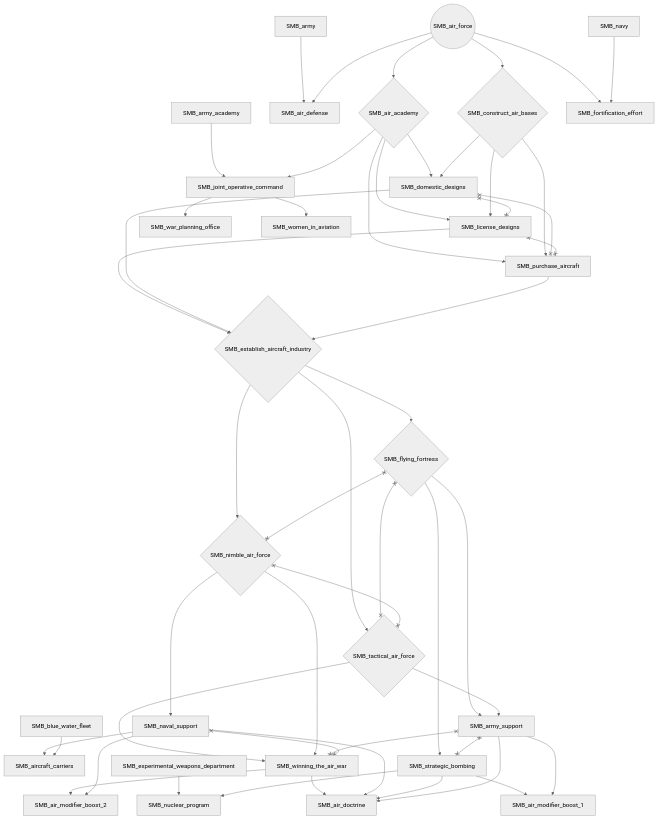
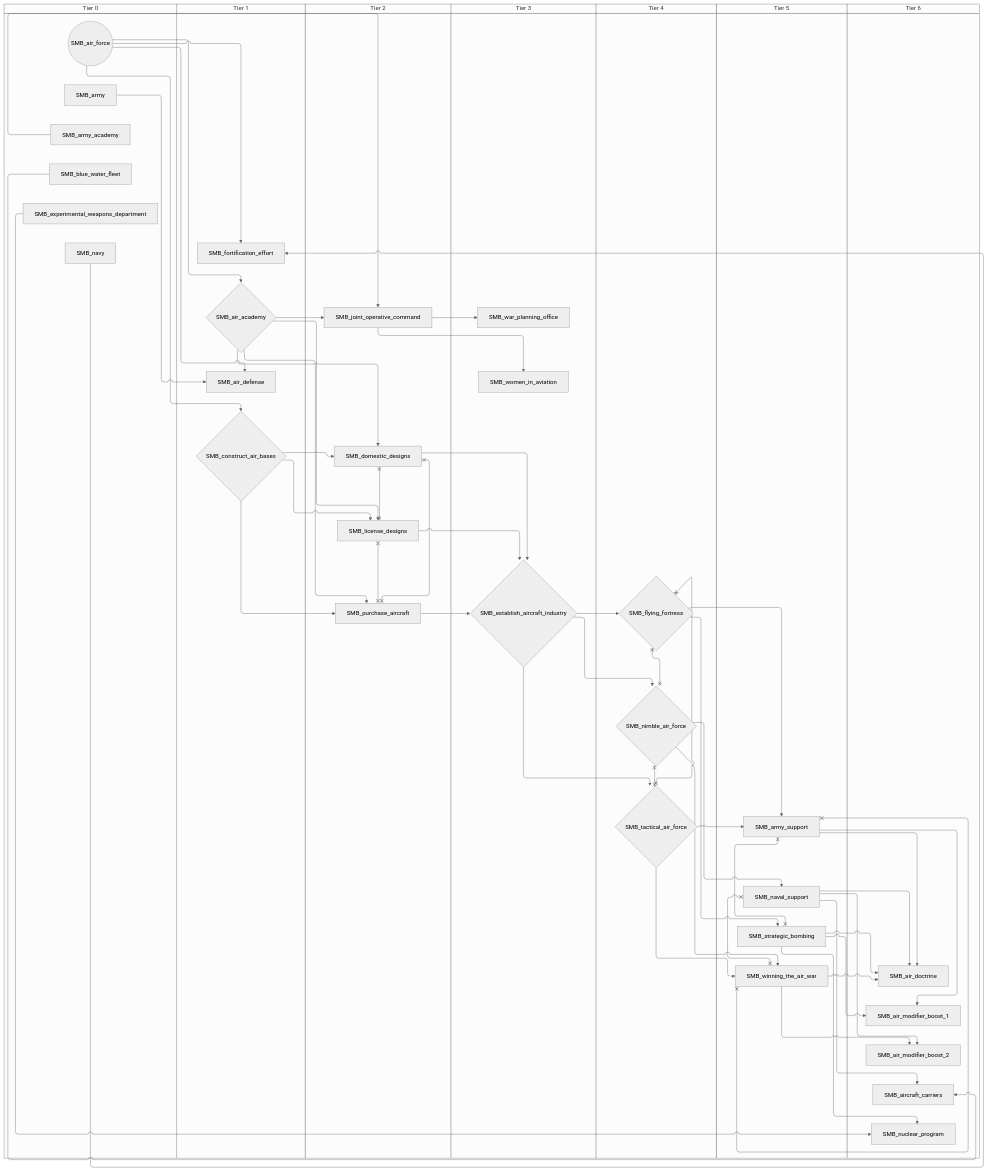
The first of 3 diagrams in docs/gdd/National Focuses/r56/toa_shared_military_branch.md (evgeny-sobol/hoi4-sandbox-mode-r56), drawn with Mermaid (neutral theme) before and after one commit. The commit also changed other lines of this file and 423 other files, not shown here.

First line of the commit message:
Re-export Rt56 focus trees as swimlane diagrams

````diff
--- a/docs/gdd/National Focuses/r56/toa_shared_military_branch.md
+++ b/docs/gdd/National Focuses/r56/toa_shared_military_branch.md
@@ -3,81 +3,95 @@
 ```mermaid
-flowchart TD
-    n1{"SMB_air_academy"}
-    n2["SMB_air_defense"]
-    n3["SMB_air_doctrine"]
-    n4(("SMB_air_force"))
-    n5["SMB_air_modifier_boost_1"]
-    n6["SMB_air_modifier_boost_2"]
-    n7["SMB_aircraft_carriers"]
-    n8["SMB_army"]
-    n9["SMB_army_academy"]
-    n10["SMB_army_support"]
-    n11["SMB_blue_water_fleet"]
-    n12{"SMB_construct_air_bases"}
-    n13["SMB_domestic_designs"]
-    n14{"SMB_establish_aircraft_industry"}
-    n15["SMB_experimental_weapons_department"]
-    n16{"SMB_flying_fortress"}
-    n17["SMB_fortification_effort"]
-    n18["SMB_joint_operative_command"]
-    n19["SMB_license_designs"]
-    n20["SMB_naval_support"]
-    n21["SMB_navy"]
-    n22{"SMB_nimble_air_force"}
-    n23["SMB_nuclear_program"]
-    n24["SMB_purchase_aircraft"]
-    n25["SMB_strategic_bombing"]
-    n26{"SMB_tactical_air_force"}
-    n27["SMB_war_planning_office"]
-    n28["SMB_winning_the_air_war"]
-    n29["SMB_women_in_aviation"]
-    n4 --> n1
-    n8 --> n2
-    n4 --> n2
-    n28 --> n3
-    n20 --> n3
-    n25 --> n3
-    n10 --> n3
-    n25 --> n5
-    n10 --> n5
-    n28 --> n6
-    n20 --> n6
-    n20 --> n7
-    n11 --> n7
-    n16 --> n10
-    n26 --> n10
-    n4 --> n12
-    n1 --> n13
-    n12 --> n13
-    n19 --> n14
-    n13 --> n14
-    n24 --> n14
-    n14 --> n16
-    n4 --> n17
-    n21 --> n17
-    n9 --> n18
-    n1 --> n18
-    n1 --> n19
-    n12 --> n19
-    n22 --> n20
-    n14 --> n22
-    n15 --> n23
-    n25 --> n23
-    n1 --> n24
-    n12 --> n24
-    n16 --> n25
-    n14 --> n26
-    n18 --> n27
-    n26 --> n28
+swimlane-beta TD
+    subgraph tier_0["Tier 0"]
+        n1(("SMB_air_force"))
+        n2["SMB_army"]
+        n3["SMB_army_academy"]
+        n4["SMB_blue_water_fleet"]
+        n5["SMB_experimental_weapons_department"]
+        n6["SMB_navy"]
+    end
+    subgraph tier_1["Tier 1"]
+        n7{"SMB_air_academy"}
+        n8["SMB_air_defense"]
+        n9{"SMB_construct_air_bases"}
+        n10["SMB_fortification_effort"]
+    end
+    subgraph tier_2["Tier 2"]
+        n11["SMB_domestic_designs"]
+        n12["SMB_joint_operative_command"]
+        n13["SMB_license_designs"]
+        n14["SMB_purchase_aircraft"]
+    end
+    subgraph tier_3["Tier 3"]
+        n15{"SMB_establish_aircraft_industry"}
+        n16["SMB_war_planning_office"]
+        n17["SMB_women_in_aviation"]
+    end
+    subgraph tier_4["Tier 4"]
+        n18{"SMB_flying_fortress"}
+        n19{"SMB_nimble_air_force"}
+        n20{"SMB_tactical_air_force"}
+    end
+    subgraph tier_5["Tier 5"]
+        n21["SMB_army_support"]
+        n22["SMB_naval_support"]
+        n23["SMB_strategic_bombing"]
+        n24["SMB_winning_the_air_war"]
+    end
+    subgraph tier_6["Tier 6"]
+        n25["SMB_air_doctrine"]
+        n26["SMB_air_modifier_boost_1"]
+        n27["SMB_air_modifier_boost_2"]
+        n28["SMB_aircraft_carriers"]
+        n29["SMB_nuclear_program"]
+    end
+    n1 --> n7
+    n2 --> n8
+    n1 --> n8
+    n24 --> n25
+    n22 --> n25
+    n23 --> n25
+    n21 --> n25
+    n23 --> n26
+    n21 --> n26
+    n24 --> n27
+    n22 --> n27
     n22 --> n28
-    n18 --> n29
-    n10 x--x n25
-    n10 x--x n28
-    n13 x--x n19
-    n13 x--x n24
-    n16 x--x n22
-    n16 x--x n26
-    n19 x--x n24
-    n20 x--x n28
-    n22 x--x n26
+    n4 --> n28
+    n18 --> n21
+    n20 --> n21
+    n1 --> n9
+    n7 --> n11
+    n9 --> n11
+    n13 --> n15
+    n11 --> n15
+    n14 --> n15
+    n15 --> n18
+    n1 --> n10
+    n6 --> n10
+    n3 --> n12
+    n7 --> n12
+    n7 --> n13
+    n9 --> n13
+    n19 --> n22
+    n15 --> n19
+    n5 --> n29
+    n23 --> n29
+    n7 --> n14
+    n9 --> n14
+    n18 --> n23
+    n15 --> n20
+    n12 --> n16
+    n20 --> n24
+    n19 --> n24
+    n12 --> n17
+    n21 x--x n23
+    n21 x--x n24
+    n11 x--x n13
+    n11 x--x n14
+    n18 x--x n19
+    n18 x--x n20
+    n13 x--x n14
+    n22 x--x n24
+    n19 x--x n20
 ```
````
